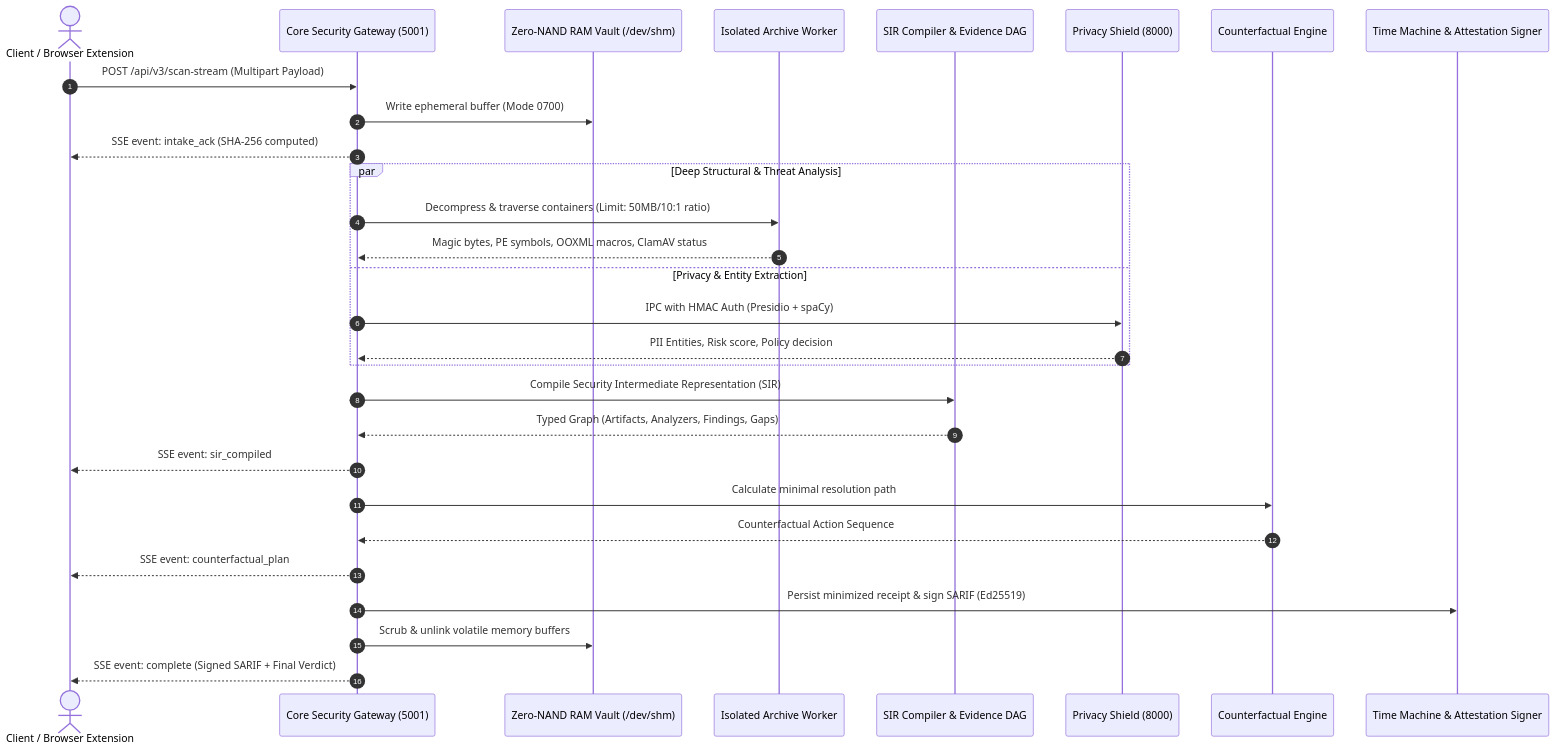
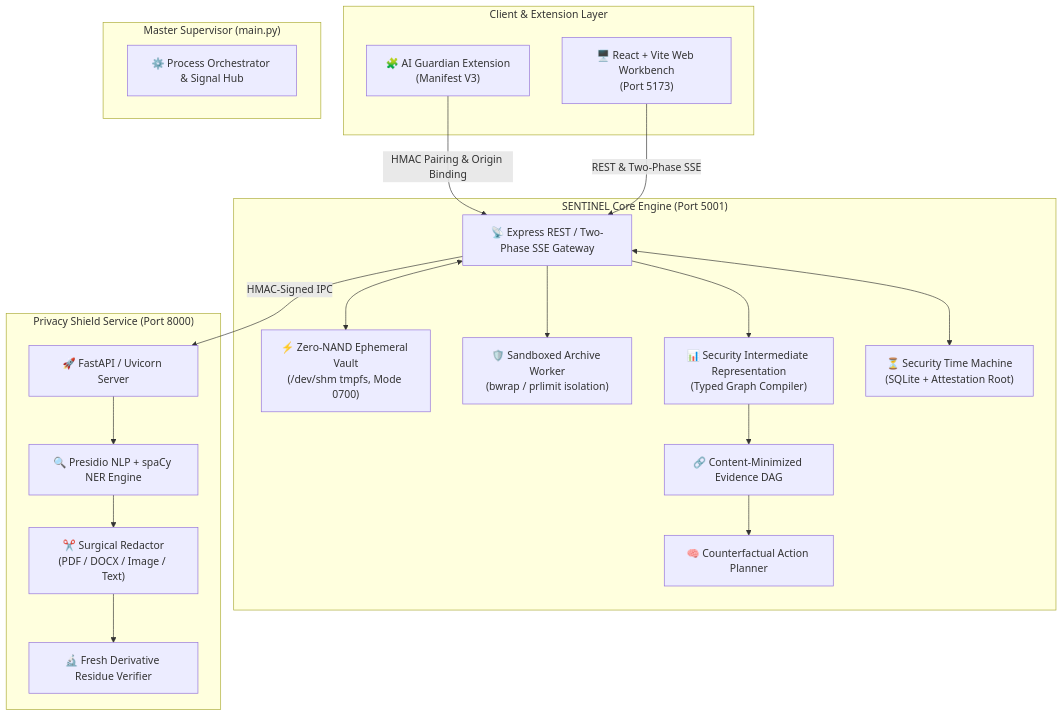
One commit to Aviralgit1212/SENTINEL changed the diagram in README.md. Above: the diagram before and after it, drawn with Mermaid. The commit also changed other lines of this file, not shown here.

Commit message:
docs(readme): expand README with 5-minute live demo scripts, visual architecture, and invariant specifications

````diff
--- a/README.md
+++ b/README.md
@@ -94,36 +102,37 @@
 ```mermaid
-sequenceDiagram
-    autonumber
-    actor User as Client / Browser Extension
-    participant API as Core Security Gateway (5001)
-    participant Vault as Zero-NAND RAM Vault (/dev/shm)
-    participant Worker as Isolated Archive Worker
-    participant SIR as SIR Compiler & Evidence DAG
-    participant Privacy as Privacy Shield (8000)
-    participant Planner as Counterfactual Engine
-    participant STM as Time Machine & Attestation Signer
-
-    User->>API: POST /api/v3/scan-stream (Multipart Payload)
-    API->>Vault: Write ephemeral buffer (Mode 0700)
-    API-->>User: SSE event: intake_ack (SHA-256 computed)
-    
-    par Deep Structural & Threat Analysis
-        API->>Worker: Decompress & traverse containers (Limit: 50MB/10:1 ratio)
-        Worker-->>API: Magic bytes, PE symbols, OOXML macros, ClamAV status
-    and Privacy & Entity Extraction
-        API->>Privacy: IPC with HMAC Auth (Presidio + spaCy)
-        Privacy-->>API: PII Entities, Risk score, Policy decision
+flowchart TD
+    subgraph ClientLayer ["Client & Extension Layer"]
+        UI["🖥️ React + Vite Web Workbench\n(Port 5173)"]
+        Ext["🧩 AI Guardian Extension\n(Manifest V3)"]
     end
 
-    API->>SIR: Compile Security Intermediate Representation (SIR)
-    SIR-->>API: Typed Graph (Artifacts, Analyzers, Findings, Gaps)
-    API-->>User: SSE event: sir_compiled
+    subgraph SupervisorLayer ["Master Supervisor (main.py)"]
+        Supervisor["⚙️ Process Orchestrator & Signal Hub"]
+    end
 
-    API->>Planner: Calculate minimal resolution path
-    Planner-->>API: Counterfactual Action Sequence
-    API-->>User: SSE event: counterfactual_plan
+    subgraph SecurityCore ["SENTINEL Core Engine (Port 5001)"]
+        API["📡 Express REST / Two-Phase SSE Gateway"]
+        Vault["⚡ Zero-NAND Ephemeral Vault\n(/dev/shm tmpfs, Mode 0700)"]
+        Worker["🛡️ Sandboxed Archive Worker\n(bwrap / prlimit isolation)"]
+        SIR["📊 Security Intermediate Representation\n(Typed Graph Compiler)"]
+        DAG["🔗 Content-Minimized Evidence DAG"]
+        Planner["🧠 Counterfactual Action Planner"]
+        STM["⏳ Security Time Machine\n(SQLite + Attestation Root)"]
+    end
 
-    API->>STM: Persist minimized receipt & sign SARIF (Ed25519)
-    API->>Vault: Scrub & unlink volatile memory buffers
-    API-->>User: SSE event: complete (Signed SARIF + Final Verdict)
+    subgraph PrivacyShieldService ["Privacy Shield Service (Port 8000)"]
+        FastAPI["🚀 FastAPI / Uvicorn Server"]
+        Presidio["🔍 Presidio NLP + spaCy NER Engine"]
+        Redactor["✂️ Surgical Redactor\n(PDF / DOCX / Image / Text)"]
+        Residue["🔬 Fresh Derivative Residue Verifier"]
+    end
+
+    Ext -- "HMAC Pairing & Origin Binding" --> API
+    UI -- "REST & Two-Phase SSE" --> API
+    API <--> Vault
+    API --> Worker
+    API --> SIR --> DAG --> Planner
+    API <--> STM
+    API -- "HMAC-Signed IPC" --> FastAPI
+    FastAPI --> Presidio --> Redactor --> Residue
 ```
````
